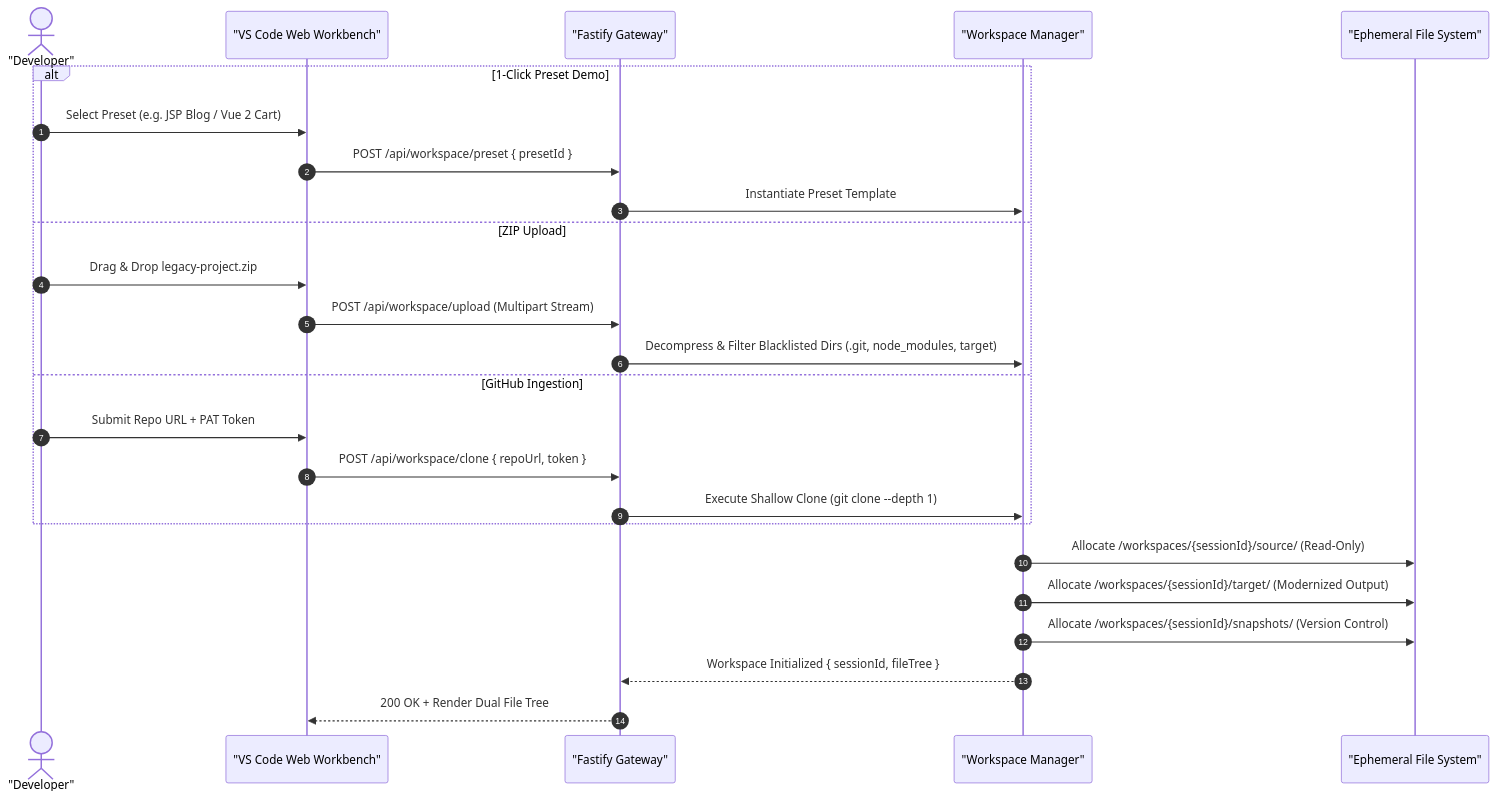
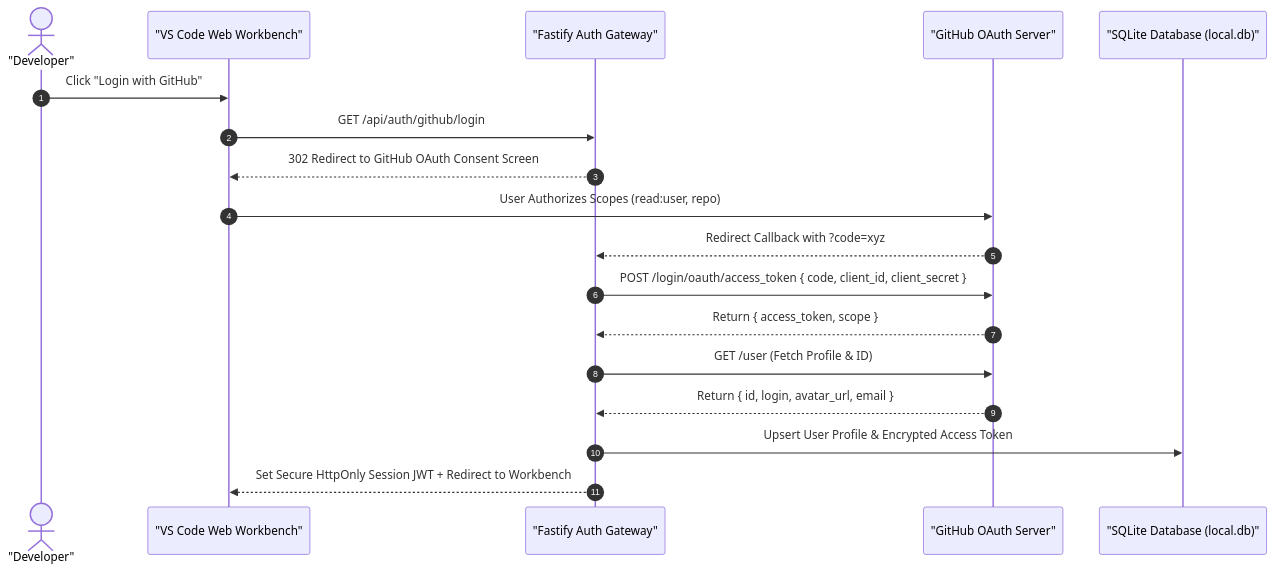
Before and after one commit to SakuraCianna/LegacyCodeModernizer: the second of 6 diagrams in docs/architecture.md, drawn with Mermaid. The commit also changed other lines of this file and 1 other file, not shown here.

Commit message:
docs: 增补 GitHub OAuth 单点登录、SQLite 数据模式与多租户工作区隔离规范

````diff
--- a/docs/architecture.md
+++ b/docs/architecture.md
@@ -109,29 +114,21 @@
 ```mermaid
 sequenceDiagram
     autonumber
     actor Developer as "Developer"
     participant UI as "VS Code Web Workbench"
-    participant API as "Fastify Gateway"
-    participant WM as "Workspace Manager"
-    participant FS as "Ephemeral File System"
+    participant API as "Fastify Auth Gateway"
+    participant GitHub as "GitHub OAuth Server"
+    participant DB as "SQLite Database (local.db)"
 
-    alt 1-Click Preset Demo
-        Developer->>UI: Select Preset (e.g. JSP Blog / Vue 2 Cart)
-        UI->>API: POST /api/workspace/preset { presetId }
-        API->>WM: Instantiate Preset Template
-    else ZIP Upload
-        Developer->>UI: Drag & Drop legacy-project.zip
-        UI->>API: POST /api/workspace/upload (Multipart Stream)
-        API->>WM: Decompress & Filter Blacklisted Dirs (.git, node_modules, target)
-    else GitHub Ingestion
-        Developer->>UI: Submit Repo URL + PAT Token
-        UI->>API: POST /api/workspace/clone { repoUrl, token }
-        API->>WM: Execute Shallow Clone (git clone --depth 1)
-    end
-
-    WM->>FS: Allocate /workspaces/{sessionId}/source/ (Read-Only)
-    WM->>FS: Allocate /workspaces/{sessionId}/target/ (Modernized Output)
-    WM->>FS: Allocate /workspaces/{sessionId}/snapshots/ (Version Control)
-    WM-->>API: Workspace Initialized { sessionId, fileTree }
-    API-->>UI: 200 OK + Render Dual File Tree
+    Developer->>UI: Click "Login with GitHub"
+    UI->>API: GET /api/auth/github/login
+    API-->>UI: 302 Redirect to GitHub OAuth Consent Screen
+    UI->>GitHub: User Authorizes Scopes (read:user, repo)
+    GitHub-->>API: Redirect Callback with ?code=xyz
+    API->>GitHub: POST /login/oauth/access_token { code, client_id, client_secret }
+    GitHub-->>API: Return { access_token, scope }
+    API->>GitHub: GET /user (Fetch Profile & ID)
+    GitHub-->>API: Return { id, login, avatar_url, email }
+    API->>DB: Upsert User Profile & Encrypted Access Token
+    API-->>UI: Set Secure HttpOnly Session JWT + Redirect to Workbench
 ```
````
